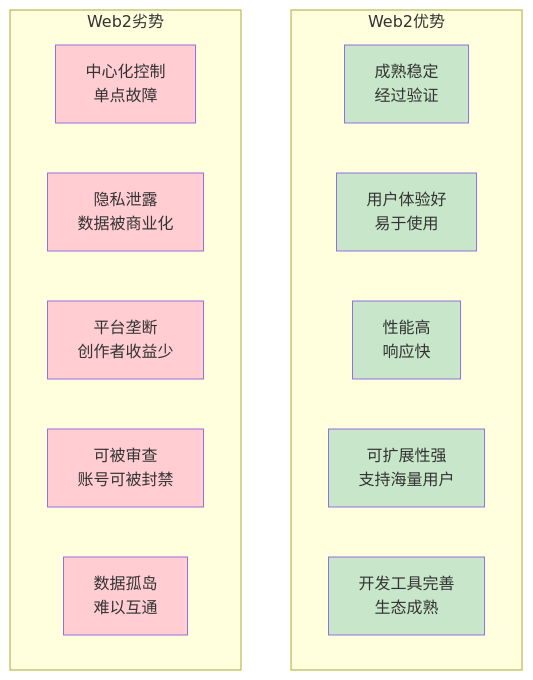
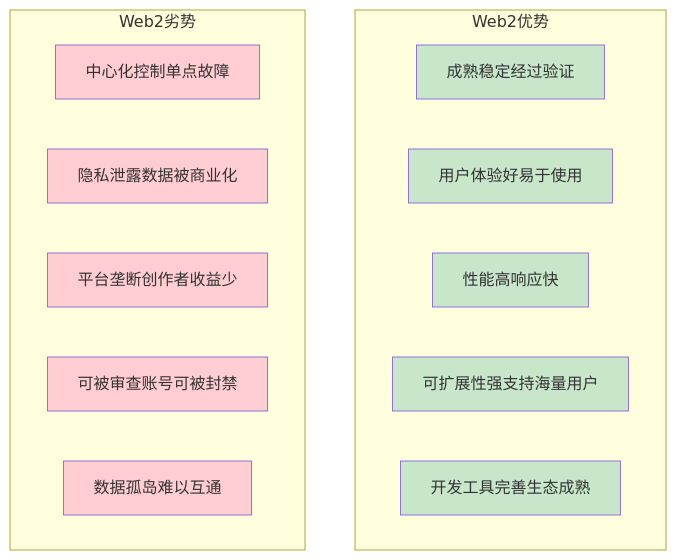
Before and after one commit to liuxing95/blog: diagram 19 of 29 in src/content/posts/web3/web2-vs-web3.md, drawn with Mermaid. The commit also changed other lines of this file and 3 other files, not shown here.

````diff
--- a/src/content/posts/web3/web2-vs-web3.md
+++ b/src/content/posts/web3/web2-vs-web3.md
@@ -946,29 +921,29 @@
 ```mermaid
 graph TB
     subgraph "Web2优势"
-        W2_P1[成熟稳定<br/>经过验证]
-        W2_P2[用户体验好<br/>易于使用]
-        W2_P3[性能高<br/>响应快]
-        W2_P4[可扩展性强<br/>支持海量用户]
-        W2_P5[开发工具完善<br/>生态成熟]
+        W2_P1[成熟稳定经过验证]
+        W2_P2[用户体验好易于使用]
+        W2_P3[性能高响应快]
+        W2_P4[可扩展性强支持海量用户]
+        W2_P5[开发工具完善生态成熟]
     end
 
     subgraph "Web2劣势"
-        W2_N1[中心化控制<br/>单点故障]
-        W2_N2[隐私泄露<br/>数据被商业化]
-        W2_N3[平台垄断<br/>创作者收益少]
-        W2_N4[可被审查<br/>账号可被封禁]
-        W2_N5[数据孤岛<br/>难以互通]
+        W2_N1[中心化控制单点故障]
+        W2_N2[隐私泄露数据被商业化]
+        W2_N3[平台垄断创作者收益少]
+        W2_N4[可被审查账号可被封禁]
+        W2_N5[数据孤岛难以互通]
     end
 
     style W2_P1 fill:#c8e6c9
     style W2_P2 fill:#c8e6c9
     style W2_P3 fill:#c8e6c9
     style W2_P4 fill:#c8e6c9
     style W2_P5 fill:#c8e6c9
     style W2_N1 fill:#ffcdd2
     style W2_N2 fill:#ffcdd2
     style W2_N3 fill:#ffcdd2
     style W2_N4 fill:#ffcdd2
     style W2_N5 fill:#ffcdd2
 ```
````
